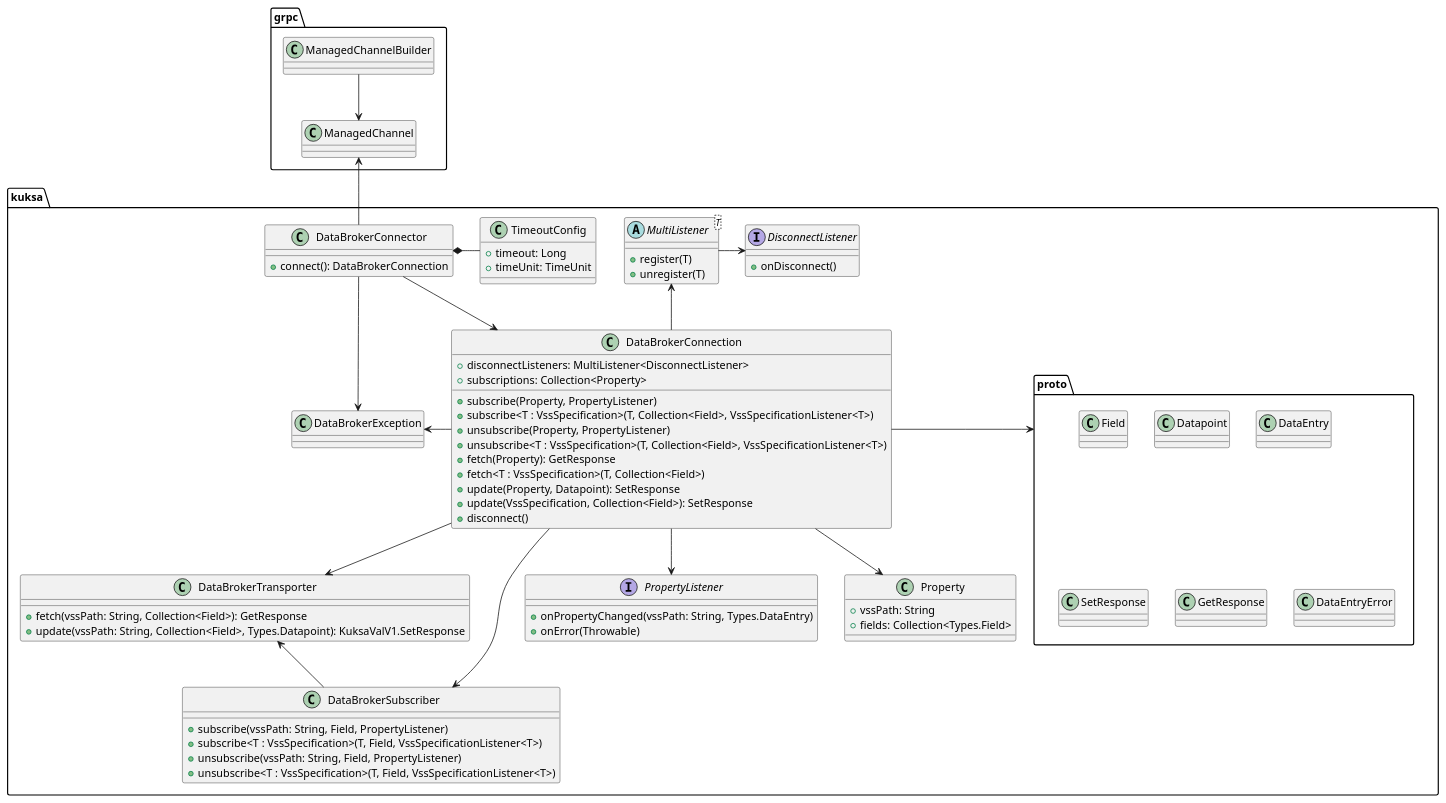
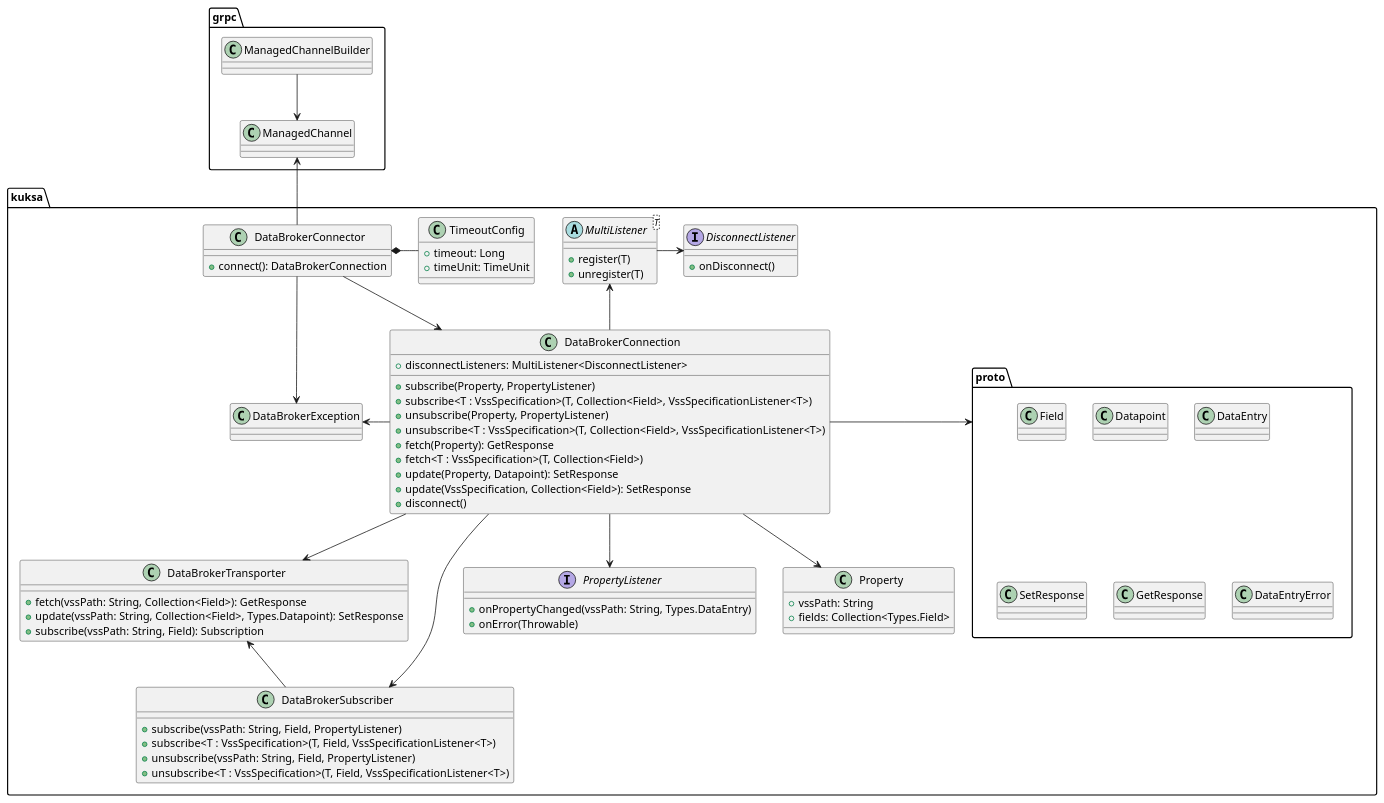
The diagram in docs/kuksa-sdk_class-diagram.puml (eclipse-kuksa/kuksa-android-sdk), drawn with PlantUML before and after one commit. The commit also changed 6 other files, not shown here.

Commit message:
chore: Remove subscriptions property

```diff
--- a/docs/kuksa-sdk_class-diagram.puml
+++ b/docs/kuksa-sdk_class-diagram.puml
@@ -1,97 +1,97 @@
 @startuml
 'https://plantuml.com/class-diagram
 
 package grpc {
 
     ManagedChannelBuilder --> ManagedChannel
 
     class ManagedChannel
     class ManagedChannelBuilder
 
 }
 
 package kuksa {
 
     package proto {
         class Field
         class Datapoint
         class DataEntry
         class SetResponse
         class GetResponse
         class DataEntryError
     }
 
     DataBrokerConnector -down-> DataBrokerException
     DataBrokerConnector -down-> DataBrokerConnection
     DataBrokerConnection -down-> DataBrokerTransporter
     DataBrokerConnection -down-> DataBrokerSubscriber
     DataBrokerConnection -down-> PropertyListener
     DataBrokerConnection -down-> Property
     DataBrokerConnection -left-> DataBrokerException
     DataBrokerConnection -up-> MultiListener
     DataBrokerSubscriber -up-> DataBrokerTransporter
     MultiListener -right-> DisconnectListener
     TimeoutConfig -left-* DataBrokerConnector
 
     class DataBrokerConnector {
         + connect(): DataBrokerConnection
     }
 
     class TimeoutConfig {
         + timeout: Long
         + timeUnit: TimeUnit
     }
 
     class DataBrokerTransporter {
         + fetch(vssPath: String, Collection<Field>): GetResponse
-        + update(vssPath: String, Collection<Field>, Types.Datapoint): KuksaValV1.SetResponse
+        + update(vssPath: String, Collection<Field>, Types.Datapoint): SetResponse
+        + subscribe(vssPath: String, Field): Subscription
     }
 
     class DataBrokerSubscriber {
         + subscribe(vssPath: String, Field, PropertyListener)
         + subscribe<T : VssSpecification>(T, Field, VssSpecificationListener<T>)
         + unsubscribe(vssPath: String, Field, PropertyListener)
         + unsubscribe<T : VssSpecification>(T, Field, VssSpecificationListener<T>)
     }
 
     class DataBrokerConnection {
         + disconnectListeners: MultiListener<DisconnectListener>
-        + subscriptions: Collection<Property>
 
         + subscribe(Property, PropertyListener)
         + subscribe<T : VssSpecification>(T, Collection<Field>, VssSpecificationListener<T>)
         + unsubscribe(Property, PropertyListener)
         + unsubscribe<T : VssSpecification>(T, Collection<Field>, VssSpecificationListener<T>)
         + fetch(Property): GetResponse
         + fetch<T : VssSpecification>(T, Collection<Field>)
         + update(Property, Datapoint): SetResponse
         + update(VssSpecification, Collection<Field>): SetResponse
         + disconnect()
     }
     
     interface PropertyListener {
         + onPropertyChanged(vssPath: String, Types.DataEntry)
         + onError(Throwable)
     }
 
     class Property {
         + vssPath: String
         + fields: Collection<Types.Field>
     }
 
     class DataBrokerException
 
     abstract class MultiListener<T> {
         + register(T)
         + unregister(T)
     }
 
     interface DisconnectListener {
         + onDisconnect()
     }
 }
 
 DataBrokerConnector -up-> ManagedChannel
 DataBrokerConnection -right-> proto
 
 @enduml
```
